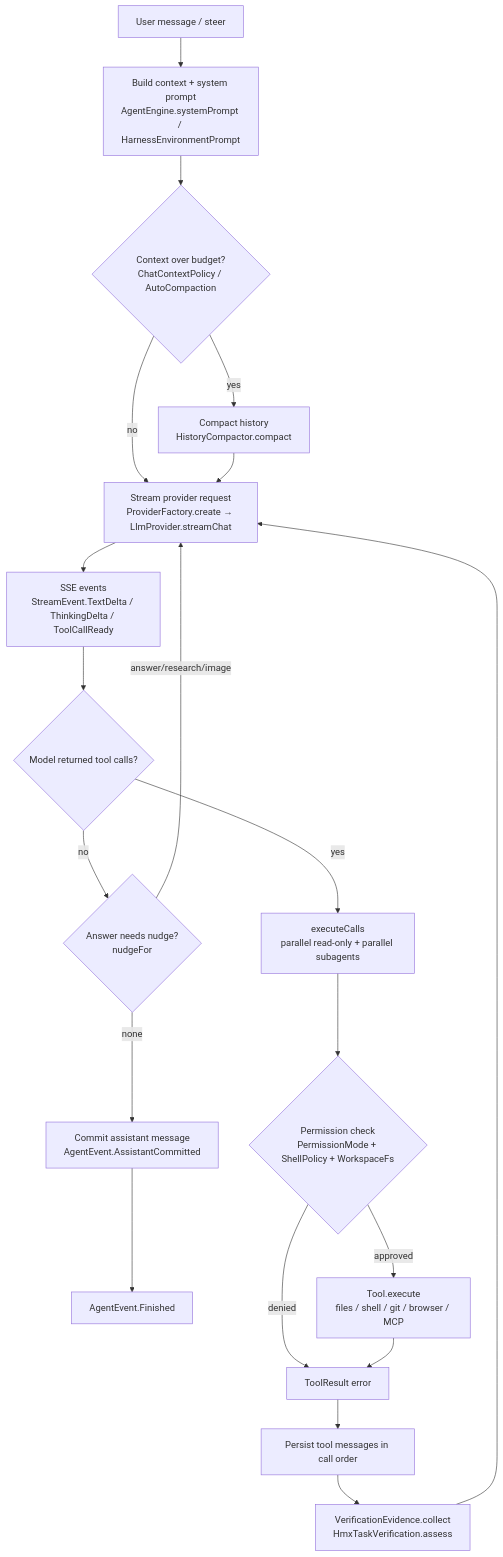
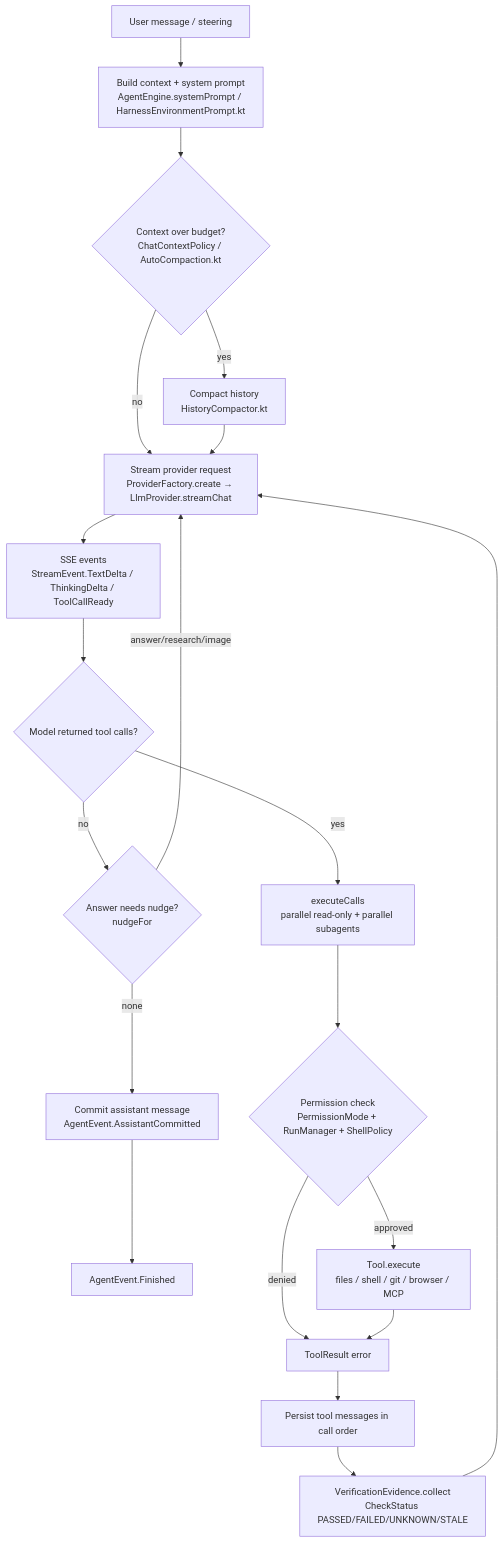
The first of 2 diagrams in docs/expo/HMXHARNESS_ARCHITECTURE.md (HMXPANEL/HMXHARNESS), drawn with Mermaid before and after one commit. The commit also changed other lines of this file and 48 other files, not shown here.

````diff
--- a/docs/expo/HMXHARNESS_ARCHITECTURE.md
+++ b/docs/expo/HMXHARNESS_ARCHITECTURE.md
@@ -38,22 +40,22 @@
 ```mermaid
 flowchart TD
-    U[User message / steer] --> CTX[Build context + system prompt<br/>AgentEngine.systemPrompt / HarnessEnvironmentPrompt]
-    CTX --> CMP{Context over budget?<br/>ChatContextPolicy / AutoCompaction}
-    CMP -- yes --> COMPACT[Compact history<br/>HistoryCompactor.compact]
+    U[User message / steering] --> CTX[Build context + system prompt<br/>AgentEngine.systemPrompt / HarnessEnvironmentPrompt.kt]
+    CTX --> CMP{Context over budget?<br/>ChatContextPolicy / AutoCompaction.kt}
+    CMP -- yes --> COMPACT[Compact history<br/>HistoryCompactor.kt]
     CMP -- no --> REQ
     COMPACT --> REQ[Stream provider request<br/>ProviderFactory.create → LlmProvider.streamChat]
     REQ --> STREAM[SSE events<br/>StreamEvent.TextDelta / ThinkingDelta / ToolCallReady]
     STREAM --> DEC{Model returned tool calls?}
     DEC -- no --> NUDGE{Answer needs nudge?<br/>nudgeFor}
     NUDGE -- answer/research/image --> REQ
     NUDGE -- none --> COMMIT[Commit assistant message<br/>AgentEvent.AssistantCommitted]
     COMMIT --> FIN[AgentEvent.Finished]
     DEC -- yes --> EXEC[executeCalls<br/>parallel read-only + parallel subagents]
-    EXEC --> PERM{Permission check<br/>PermissionMode + ShellPolicy + WorkspaceFs}
+    EXEC --> PERM{Permission check<br/>PermissionMode + RunManager + ShellPolicy}
     PERM -- denied --> RESULT[ToolResult error]
     PERM -- approved --> TOOL[Tool.execute<br/>files / shell / git / browser / MCP]
     TOOL --> RESULT
     RESULT --> PERSIST[Persist tool messages in call order]
-    PERSIST --> VERIFY[VerificationEvidence.collect<br/>HmxTaskVerification.assess]
+    PERSIST --> VERIFY[VerificationEvidence.collect<br/>CheckStatus PASSED/FAILED/UNKNOWN/STALE]
     VERIFY --> REQ
 ```
````
